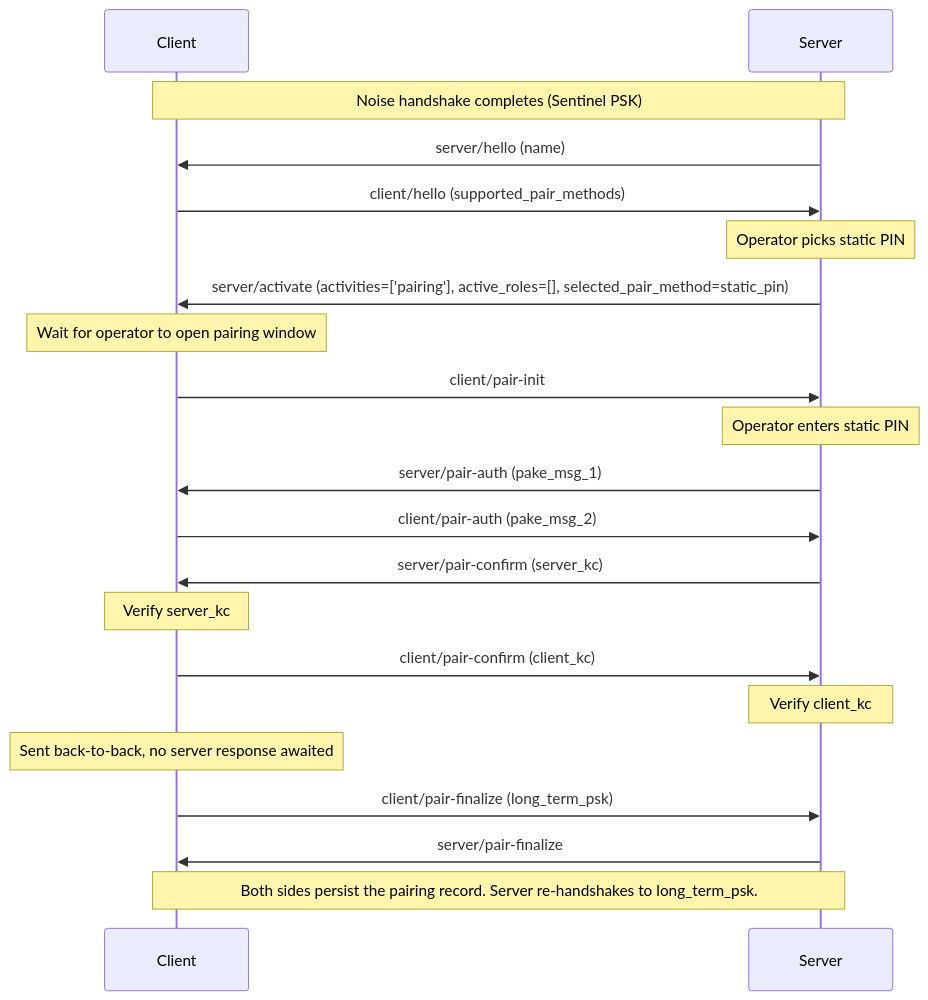
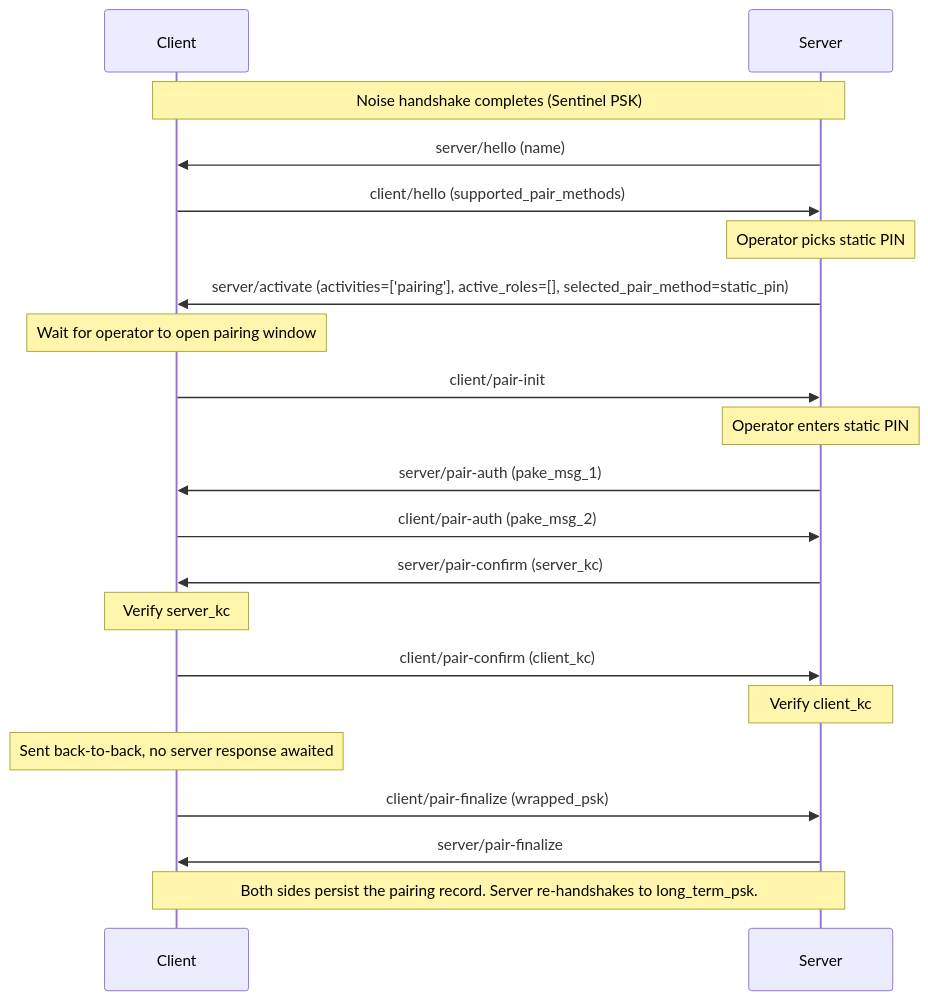
The fourth of 4 diagrams in README.md (Resonate-Protocol/spec), drawn with Mermaid before and after one commit. The commit also changed other lines of this file, not shown here.

First line of the commit message:
Wrap PSK under CPace output

````diff
--- a/README.md
+++ b/README.md
@@ -839,25 +839,25 @@
 ```mermaid
 sequenceDiagram
     participant Client
     participant Server
 
     Note over Client,Server: Noise handshake completes (Sentinel PSK)
 
     Server->>Client: server/hello (name)
     Client->>Server: client/hello (supported_pair_methods)
     Note over Server: Operator picks static PIN
     Server->>Client: server/activate (activities=['pairing'], active_roles=[], selected_pair_method=static_pin)
     Note over Client: Wait for operator to open pairing window
     Client->>Server: client/pair-init
     Note over Server: Operator enters static PIN
     Server->>Client: server/pair-auth (pake_msg_1)
     Client->>Server: client/pair-auth (pake_msg_2)
     Server->>Client: server/pair-confirm (server_kc)
     Note over Client: Verify server_kc
     Client->>Server: client/pair-confirm (client_kc)
     Note over Server: Verify client_kc
     Note over Client: Sent back-to-back, no server response awaited
-    Client->>Server: client/pair-finalize (long_term_psk)
+    Client->>Server: client/pair-finalize (wrapped_psk)
     Server->>Client: server/pair-finalize
     Note over Client,Server: Both sides persist the pairing record. Server re-handshakes to long_term_psk.
 ```
````
